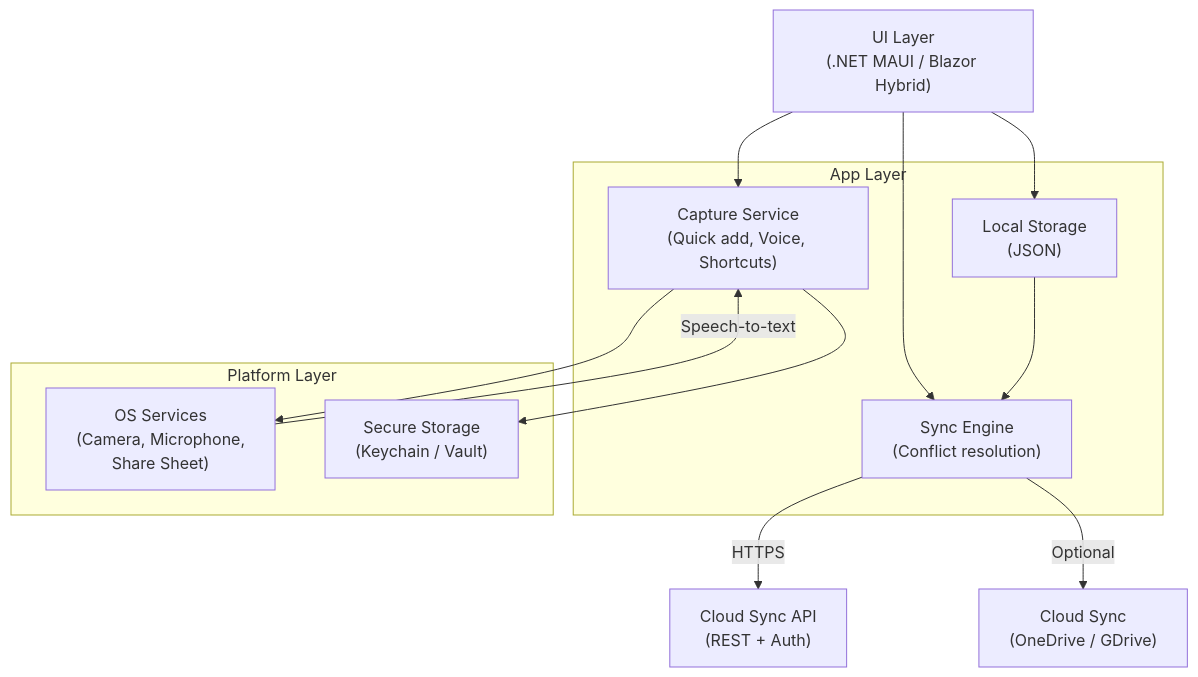
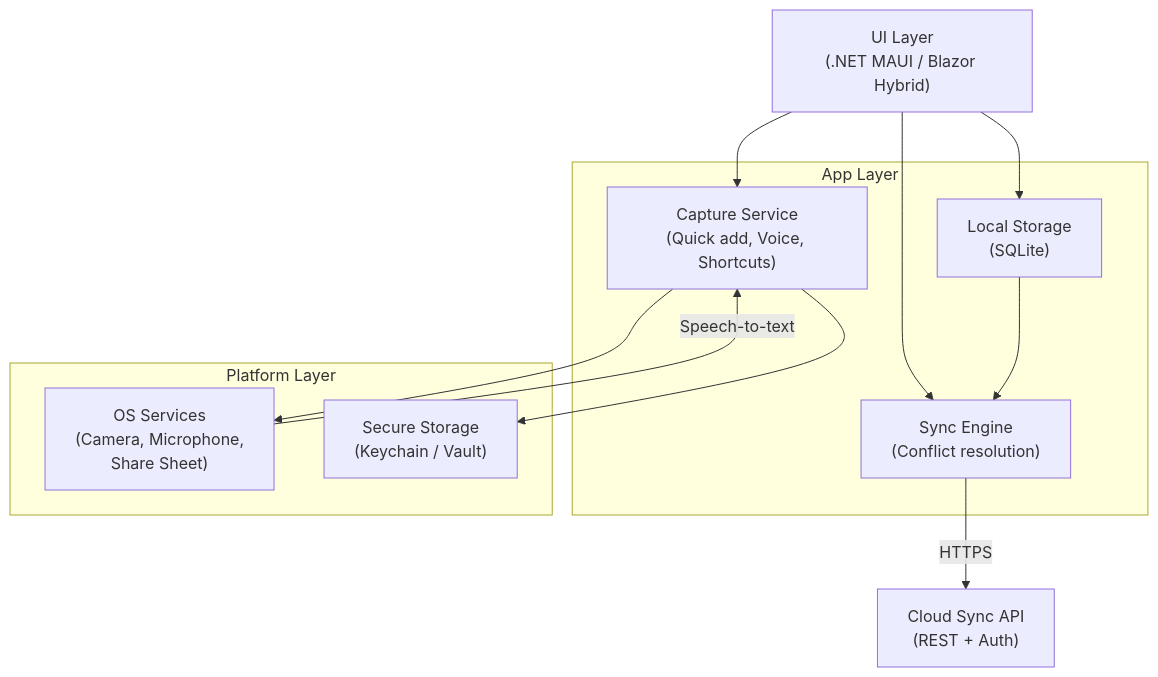
One commit to JSdotNet/Backlog changed the fourth of 6 diagrams in .arc42/05-building-block-view.md. Above: the diagram before and after it, drawn with Mermaid. The commit also changed other lines of this file and 2 other files, not shown here.

First line of the commit message:
Stop the mobile diagram advertising OneDrive as a sync path

````diff
--- a/.arc42/05-building-block-view.md
+++ b/.arc42/05-building-block-view.md
@@ -246,28 +246,26 @@
 ```mermaid
 graph TB
   UI["UI Layer\n(.NET MAUI / Blazor Hybrid)"]
 
   subgraph "App Layer"
     Capture["Capture Service\n(Quick add, Voice, Shortcuts)"]
-    Storage["Local Storage\n(JSON)"]
+    Storage["Local Storage\n(SQLite)"]
     Sync["Sync Engine\n(Conflict resolution)"]
   end
 
   subgraph "Platform Layer"
     OS["OS Services\n(Camera, Microphone,\nShare Sheet)"]
     Creds["Secure Storage\n(Keychain / Vault)"]
   end
 
-  Cloud["Cloud Sync\n(OneDrive / GDrive)"]
   API["Cloud Sync API\n(REST + Auth)"]
 
   UI --> Capture
   UI --> Storage
   UI --> Sync
   Capture --> OS
   Capture --> Creds
   Storage --> Sync
   Sync -->|HTTPS| API
-  Sync -->|Optional| Cloud
   OS -->|Speech-to-text| Capture
 ```
````
